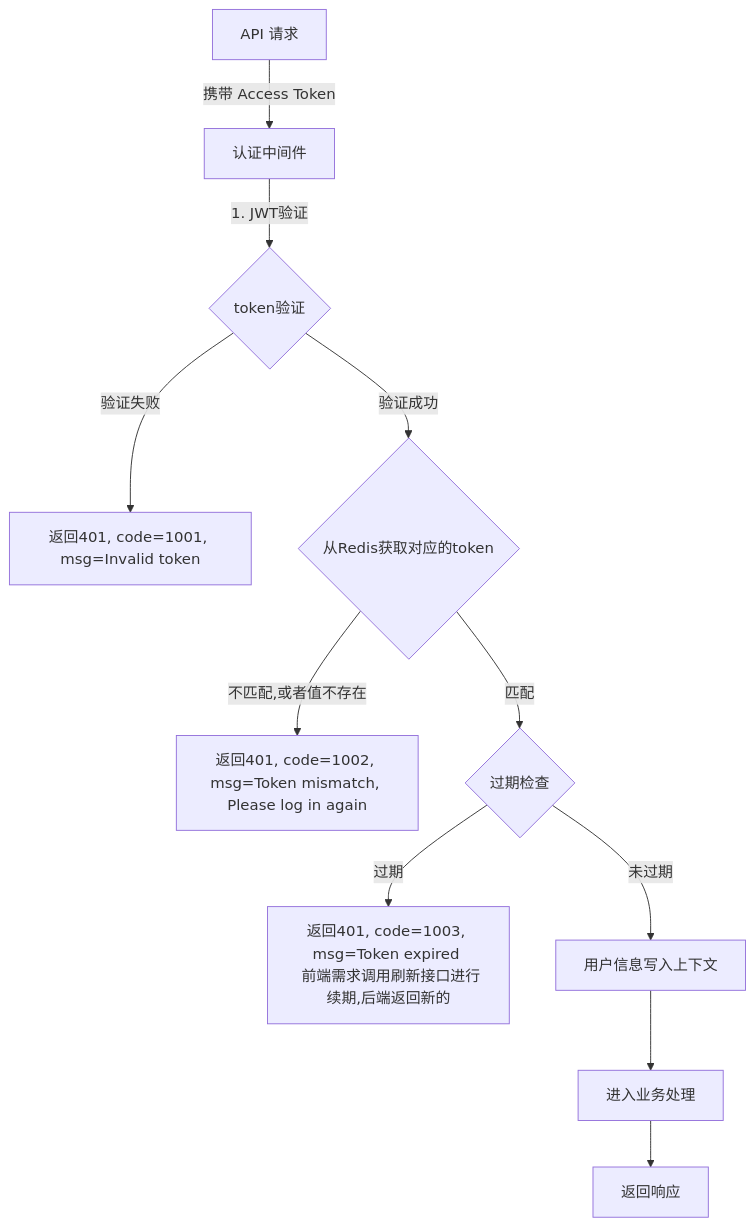
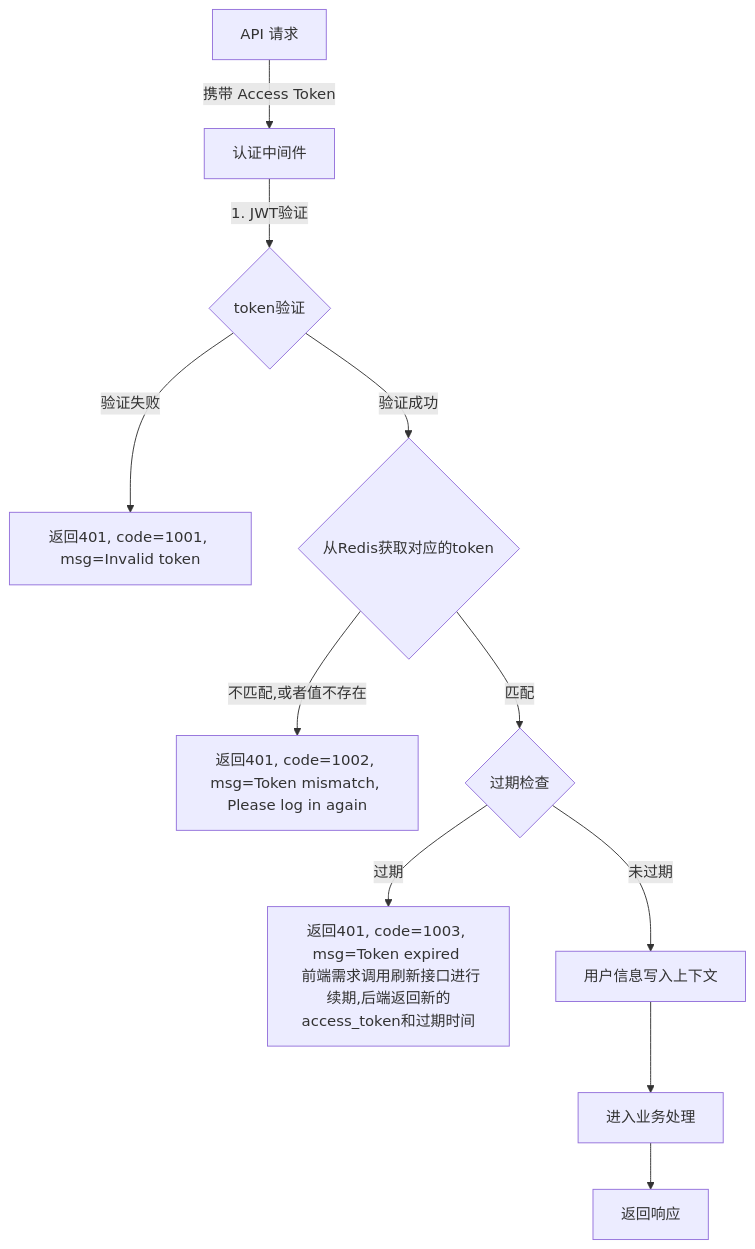
Before and after one commit to yingjianzh/iodraw-files: the diagram in all/未命名-16.md, drawn with Mermaid.

Commit message:
2025-01-08 14:59:34 update

````diff
--- a/all/未命名-16.md
+++ b/all/未命名-16.md
@@ -1,17 +1,17 @@
 ```mermaid
 
 flowchart TD
     A[API 请求] -->|携带 Access Token| B[认证中间件]
     B -->|1. JWT验证| C{token验证}
     C -->|验证失败| D[返回401, code=1001, msg=Invalid token]
     C -->|验证成功| I{从Redis获取对应的token}
     
     I -->|不匹配,或者值不存在| J[返回401, code=1002, msg=Token mismatch, Please log in again]
     I -->|匹配| F{过期检查}
     
-    F -->|过期| E[返回401, code=1003, msg=Token expired \n 前端需求调用刷新接口进行续期,后端返回新的]
+    F -->|过期| E[返回401, code=1003, msg=Token expired \n 前端需求调用刷新接口进行续期,后端返回新的access_token和过期时间]
     F -->|未过期| K[用户信息写入上下文]
     K --> L[进入业务处理]
     L --> N[返回响应]
 
 ```
````
